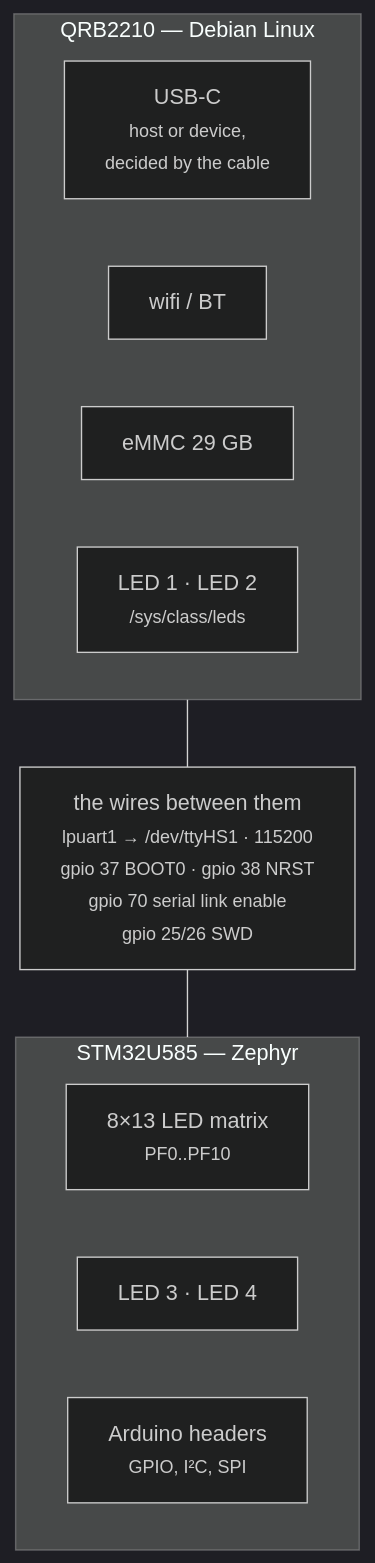
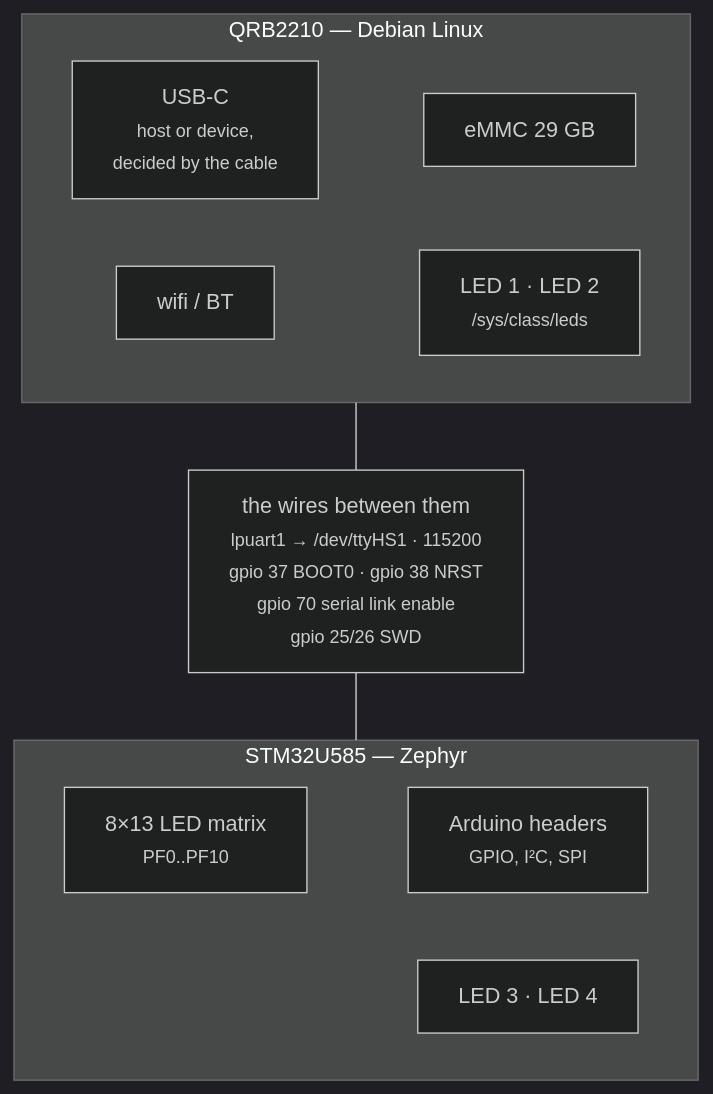
The diagram in docs/reference/hardware.md (jim-wyatt/two-computers-one-board), drawn with Mermaid (dark theme) before and after one commit. The commit also changed 25 other files, not shown here.

````diff
--- a/docs/reference/hardware.md
+++ b/docs/reference/hardware.md
@@ -19,16 +19,19 @@
 ```mermaid
 flowchart TB
   subgraph MPU["QRB2210 — Debian Linux"]
     U["USB-C<br/><small>host or device,<br/>decided by the cable</small>"]
     W["wifi / BT"]
     E["eMMC 29 GB"]
     L12["LED 1 · LED 2<br/><small>/sys/class/leds</small>"]
+    U ~~~ E
+    W ~~~ L12
   end
   subgraph MCU["STM32U585 — Zephyr"]
     M["8×13 LED matrix<br/><small>PF0..PF10</small>"]
     L34["LED 3 · LED 4"]
     H["Arduino headers<br/><small>GPIO, I²C, SPI</small>"]
+    M ~~~ H
   end
   X["the wires between them<br/><small>lpuart1 → /dev/ttyHS1 · 115200</small><br/><small>gpio 37 BOOT0 · gpio 38 NRST</small><br/><small>gpio 70 serial link enable</small><br/><small>gpio 25/26 SWD</small>"]
   MPU --- X --- MCU
 ```
````
